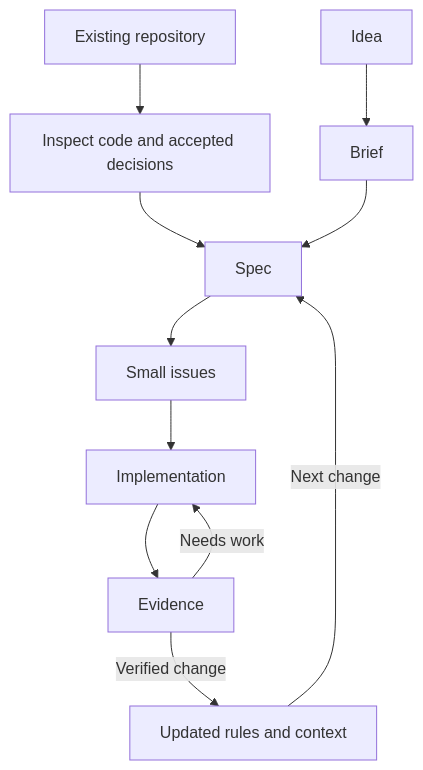
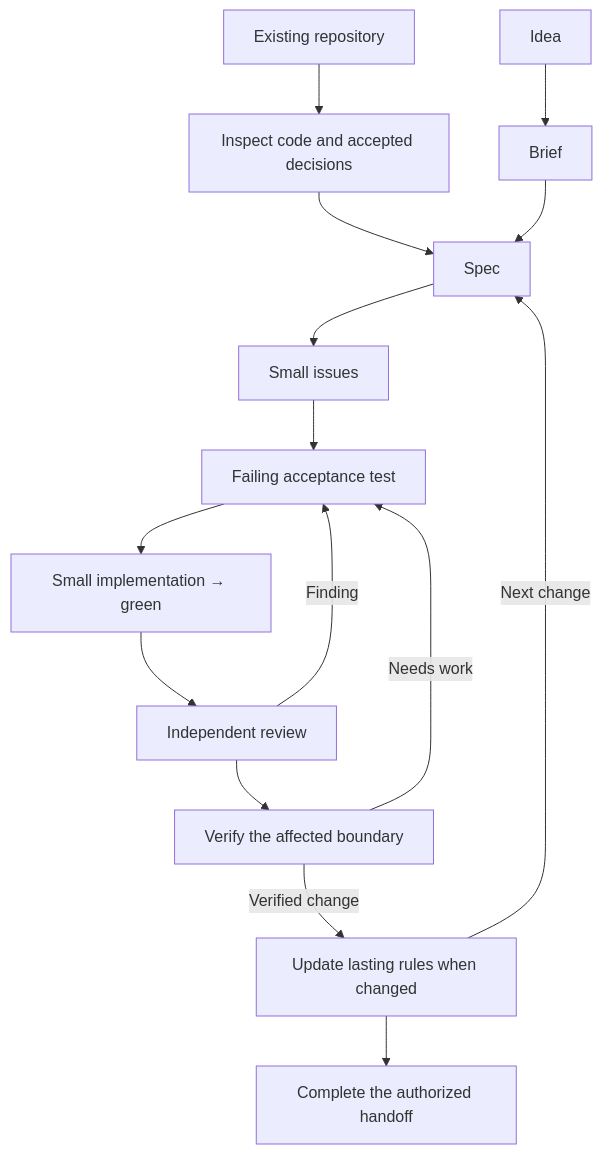
The diagram in README.md (pkasarda/skills), drawn with Mermaid before and after one commit. The commit also changed other lines of this file and 12 other files, not shown here.

Commit message:
Complete scoped change delivery with test-first proof and review

````diff
--- a/README.md
+++ b/README.md
@@ -49,13 +66,17 @@
 ```mermaid
 flowchart TD
     idea["Idea"] --> brief["Brief"]
     existing["Existing repository"] --> inspect["Inspect code and accepted decisions"]
     inspect --> spec["Spec"]
     brief --> spec
     spec --> issues["Small issues"]
-    issues --> implementation["Implementation"]
-    implementation --> evidence["Evidence"]
-    evidence -->|"Needs work"| implementation
-    evidence -->|"Verified change"| rules["Updated rules and context"]
+    issues --> red["Failing acceptance test"]
+    red --> implementation["Small implementation → green"]
+    implementation --> review["Independent review"]
+    review -->|"Finding"| red
+    review --> evidence["Verify the affected boundary"]
+    evidence -->|"Needs work"| red
+    evidence -->|"Verified change"| rules["Update lasting rules when changed"]
+    rules --> handoff["Complete the authorized handoff"]
     rules -->|"Next change"| spec
 ```
````
